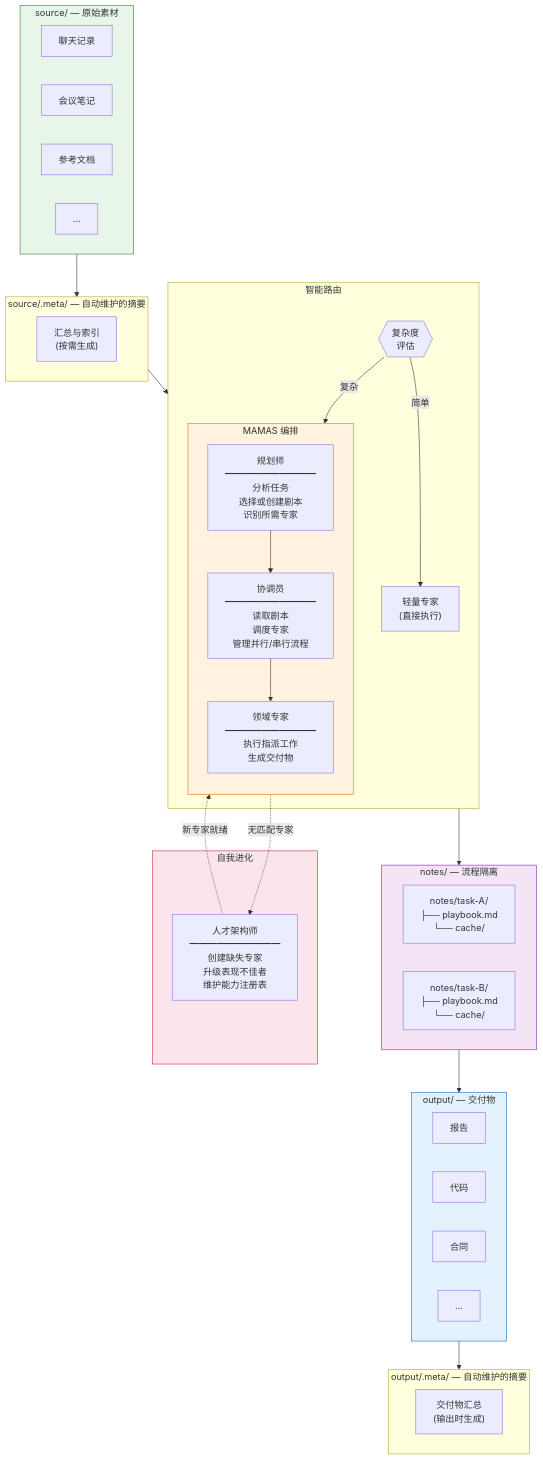
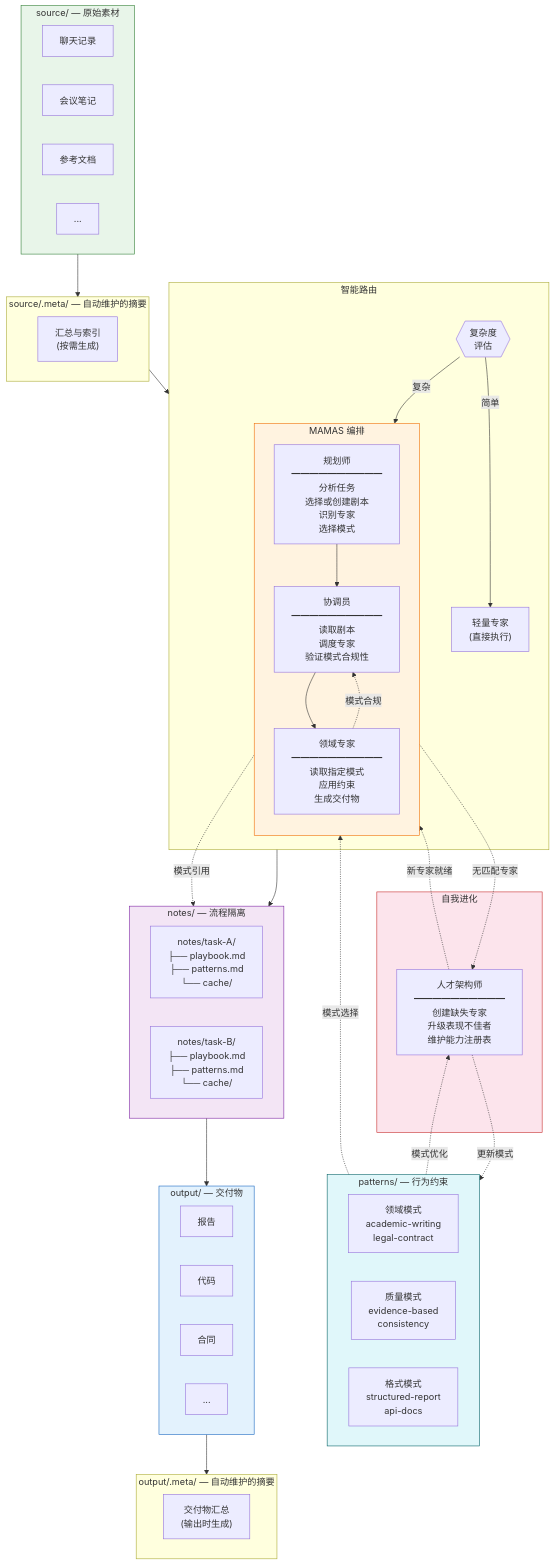
One commit to neilwangweili/mamas changed the diagram in README-CN.md. Above: the diagram before and after it, drawn with Mermaid. The commit also changed 1 other file, not shown here.

Commit message:
docs(architecture): 在系统架构图中引入模式层
新增 patterns/ 模块以支持跨任务的行为约束复用，使专家能够应用标准化的领域、质量和格式规范。同时更新工作流描述，反映规划师的模式选择、协调员的合规验证以及人才架构师的模式优化职责。

````diff
--- a/README-CN.md
+++ b/README-CN.md
@@ -27,62 +27,77 @@
 ```mermaid
 flowchart TB
     subgraph INPUT ["source/ — 原始素材"]
         S1[聊天记录]
         S2[会议笔记]
         S3[参考文档]
         S4[...]
     end
 
     subgraph DIGEST ["source/.meta/ — 自动维护的摘要"]
         D1["汇总与索引<br/>(按需生成)"]
     end
 
+    subgraph PATTERNS ["patterns/ — 行为约束"]
+        direction LR
+        PT1["领域模式<br/>academic-writing<br/>legal-contract"]
+        PT2["质量模式<br/>evidence-based<br/>consistency"]
+        PT3["格式模式<br/>structured-report<br/>api-docs"]
+    end
+
     subgraph ROUTING ["智能路由"]
         R{{"复杂度<br/>评估"}}
         R -->|简单| NANO["轻量专家<br/>(直接执行)"]
         R -->|复杂| MAMAS_MODE["MAMAS 模式"]
     end
 
     subgraph MAMAS_MODE ["MAMAS 编排"]
         direction TB
-        P["规划师<br/>━━━━━━━━━━<br/>分析任务<br/>选择或创建剧本<br/>识别所需专家"]
-        C["协调员<br/>━━━━━━━━━━<br/>读取剧本<br/>调度专家<br/>管理并行/串行流程"]
-        E["领域专家<br/>━━━━━━━━━━<br/>执行指派工作<br/>生成交付物"]
+        P["规划师<br/>━━━━━━━━━━<br/>分析任务<br/>选择或创建剧本<br/>识别专家<br/>选择模式"]
+        C["协调员<br/>━━━━━━━━━━<br/>读取剧本<br/>调度专家<br/>验证模式合规性"]
+        E["领域专家<br/>━━━━━━━━━━<br/>读取指定模式<br/>应用约束<br/>生成交付物"]
         P --> C --> E
     end
 
     subgraph NOTES ["notes/ — 流程隔离"]
-        N1["notes/task-A/<br/>├── playbook.md<br/>└── cache/"]
-        N2["notes/task-B/<br/>├── playbook.md<br/>└── cache/"]
+        N1["notes/task-A/<br/>├── playbook.md<br/>├── patterns.md<br/>└── cache/"]
+        N2["notes/task-B/<br/>├── playbook.md<br/>├── patterns.md<br/>└── cache/"]
     end
 
     subgraph OUTPUT ["output/ — 交付物"]
         O1[报告]
         O2[代码]
         O3[合同]
         O4[...]
     end
 
     subgraph OUTPUT_DIGEST ["output/.meta/ — 自动维护的摘要"]
         OD1["交付物汇总<br/>(输出时生成)"]
     end
 
     INPUT --> DIGEST
     DIGEST --> ROUTING
     ROUTING --> NOTES
     NOTES --> OUTPUT
     OUTPUT --> OUTPUT_DIGEST
 
+    PATTERNS -.->|"模式选择"| P
+    P -.->|"模式引用"| NOTES
+    E -.->|"模式合规"| C
+
     subgraph EVOLUTION ["自我进化"]
         TA["人才架构师<br/>━━━━━━━━━━<br/>创建缺失专家<br/>升级表现不佳者<br/>维护能力注册表"]
     end
 
     P -.->|"无匹配专家"| TA
     TA -.->|"新专家就绪"| P
 
+    PATTERNS -.->|"模式优化"| TA
+    TA -.->|"更新模式"| PATTERNS
+
     style INPUT fill:#e8f5e9,stroke:#2e7d32
     style OUTPUT fill:#e3f2fd,stroke:#1565c0
     style MAMAS_MODE fill:#fff3e0,stroke:#ef6c00
     style EVOLUTION fill:#fce4ec,stroke:#c62828
     style NOTES fill:#f3e5f5,stroke:#7b1fa2
+    style PATTERNS fill:#e0f7fa,stroke:#006064
 ```
````
